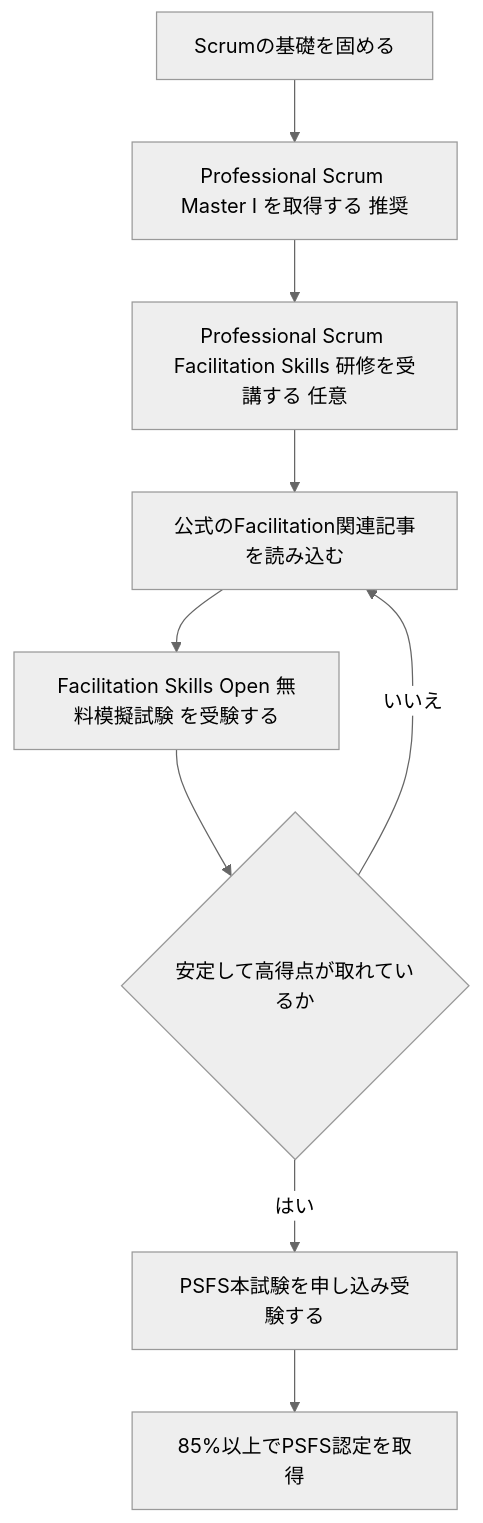
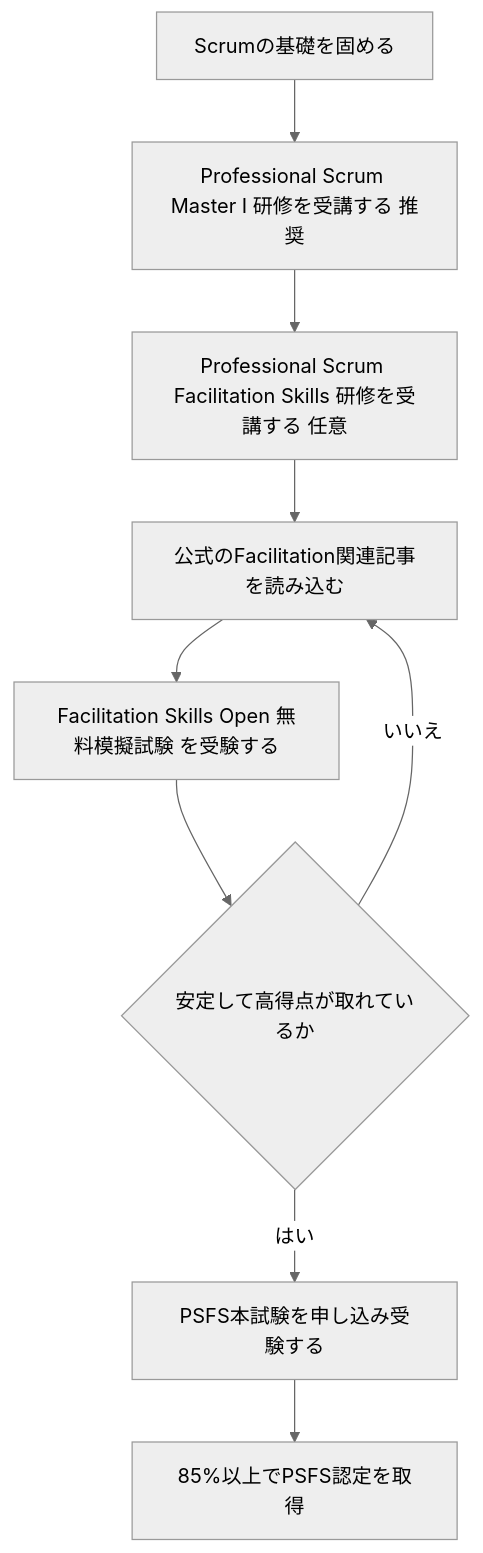
One commit to myoshi2891/Management-Team-Building-Studies changed the first of 9 diagrams in Professional-Scrum-Facilitation-Skills.md. Above: the diagram before and after it, drawn with Mermaid (neutral theme). The commit also changed other lines of this file, not shown here.

````diff
--- a/Professional-Scrum-Facilitation-Skills.md
+++ b/Professional-Scrum-Facilitation-Skills.md
@@ -61,11 +61,11 @@
 ```mermaid
 flowchart TB
-    A["Scrumの基礎を固める"] --> B["Professional Scrum Master I を取得する 推奨"]
+    A["Scrumの基礎を固める"] --> B["Professional Scrum Master I 研修を受講する 推奨"]
     B --> C["Professional Scrum Facilitation Skills 研修を受講する 任意"]
     C --> D["公式のFacilitation関連記事を読み込む"]
     D --> E["Facilitation Skills Open 無料模擬試験 を受験する"]
     E --> F{"安定して高得点が取れているか"}
     F -->|"はい"| G["PSFS本試験を申し込み受験する"]
     F -->|"いいえ"| D
     G --> H["85%以上でPSFS認定を取得"]
 ```
````
